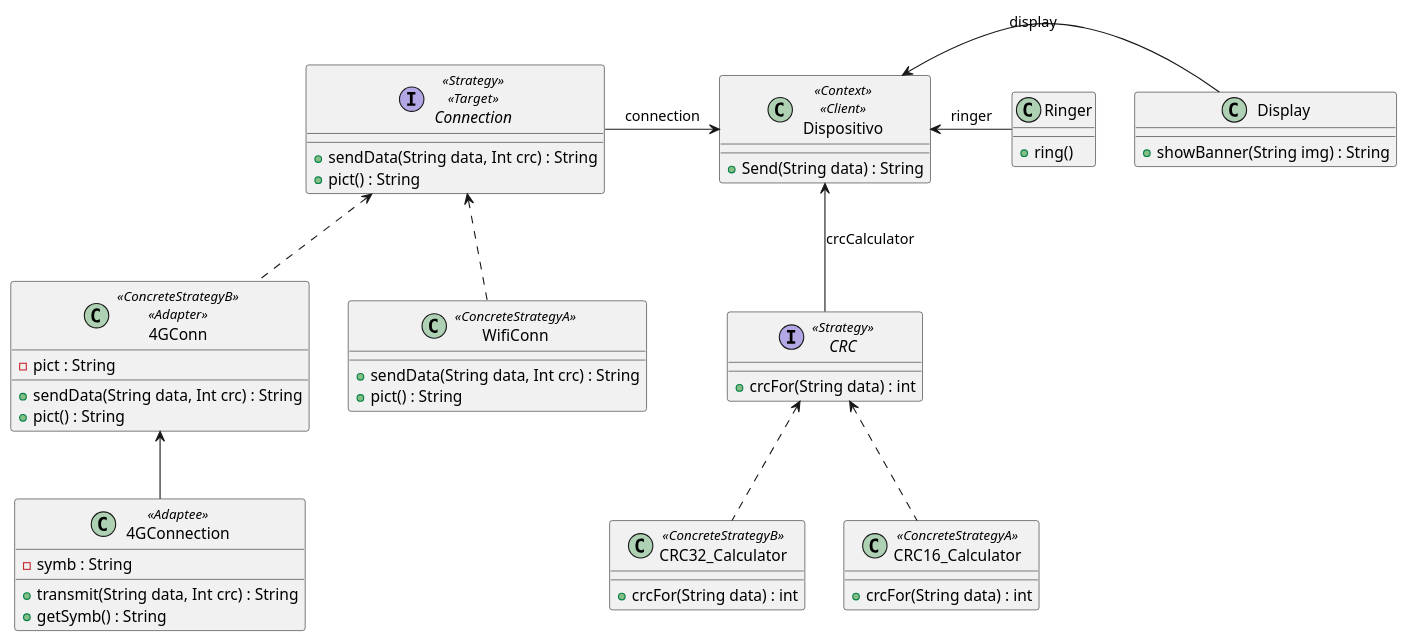
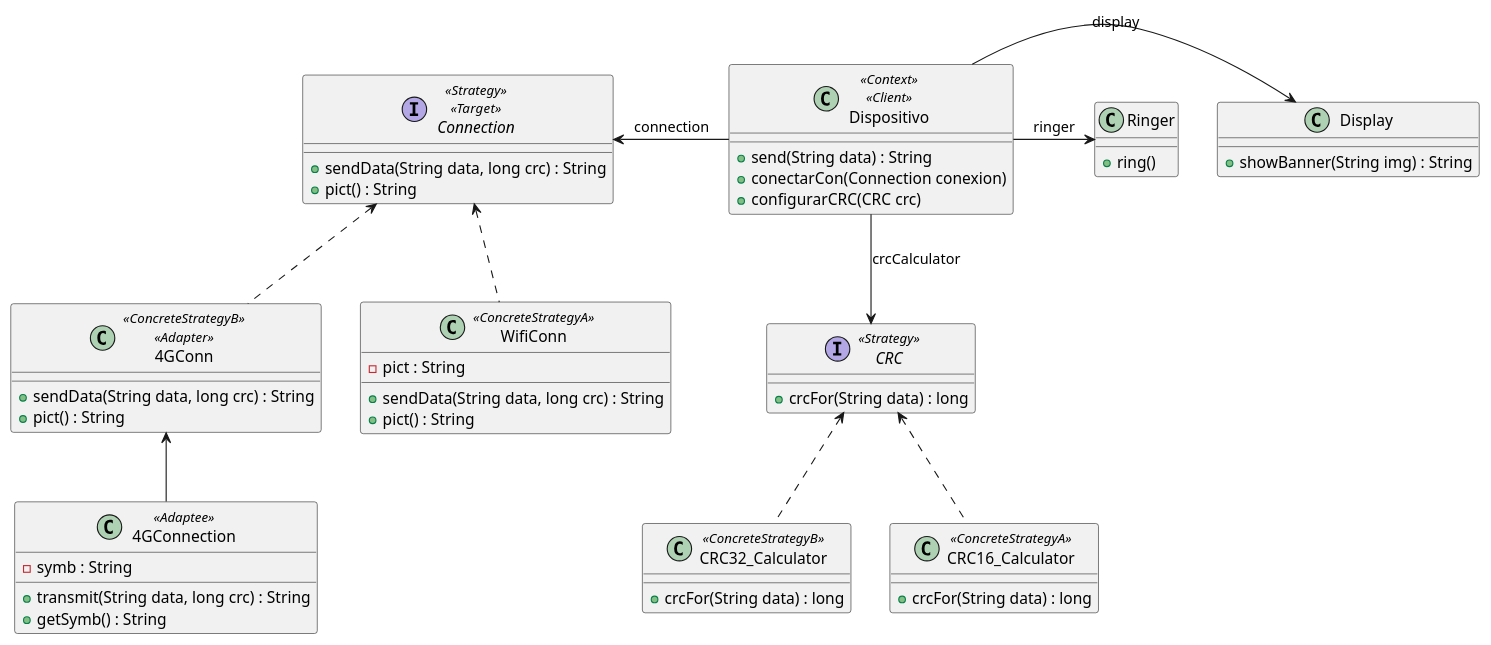
One commit to BautistaMarquez/Tercero-PrimerCuatrimestre changed the diagram in Objetos 2/UMLs/Ejercicio8Patrones.puml. Above: the diagram before and after it, drawn with PlantUML. The commit also changed 2 other files, not shown here.

```diff
--- a/Objetos 2/UMLs/Ejercicio8Patrones.puml
+++ b/Objetos 2/UMLs/Ejercicio8Patrones.puml
@@ -1,63 +1,65 @@
 @startuml Ejercicio8
 'Preguntar tema del TemplateMethod, siento que el dispositivo sigue un orden entonces se podria aplicar el template method ahi, pero no estoy muy seguro el como. Igualmente tengo que repasar la idea del Template Method porque puede ser que yo no la tenga muy fina.'
-Dispositivo  <- Display : display
-Dispositivo <- Ringer : ringer 
-Dispositivo <-- CRC : crcCalculator 
+Dispositivo  -> Display : display
+Dispositivo -> Ringer : ringer 
+Dispositivo --> CRC : crcCalculator 
 CRC <.. CRC16_Calculator
 CRC <.. CRC32_Calculator
-Connection -> Dispositivo : connection
+Connection <- Dispositivo : connection
 Connection <.. 4GConn
 4GConn <-- 4GConnection
 Connection <.. WifiConn
 
 
 
 
 class Dispositivo <<Context>> <<Client>> {
-    +Send(String data) : String
+    +send(String data) : String
+    +conectarCon(Connection conexion)
+    +configurarCRC(CRC crc)
 }
 
 class Display {
     +showBanner(String img) : String
 }
 
 class Ringer {
     +ring()
 }
 
 interface CRC <<Strategy>> {
-    +crcFor(String data) : int
+    +crcFor(String data) : long
 }
 
 class CRC16_Calculator <<ConcreteStrategyA>> {
-    +crcFor(String data) : int
+    +crcFor(String data) : long
 }
 
 class CRC32_Calculator <<ConcreteStrategyB>> {
-    +crcFor(String data) : int
+    +crcFor(String data) : long
 }
 
 Interface Connection <<Strategy>> <<Target>> {
-    +sendData(String data, Int crc) : String 
+    +sendData(String data, long crc) : String 
     +pict() : String 
 }
 
 class WifiConn <<ConcreteStrategyA>> {
-    +sendData(String data, Int crc) : String 
+    -pict : String 
+    +sendData(String data, long crc) : String 
     +pict() : String 
 }
 
 class 4GConn <<ConcreteStrategyB>> <<Adapter>> {
-    -pict : String 
-    +sendData(String data, Int crc) : String 
+    +sendData(String data, long crc) : String 
     +pict() : String 
 }
 
 class 4GConnection <<Adaptee>> {
     -symb : String 
-    +transmit(String data, Int crc) : String
+    +transmit(String data, long crc) : String
     +getSymb() : String
 }
 
 
 @enduml
```
